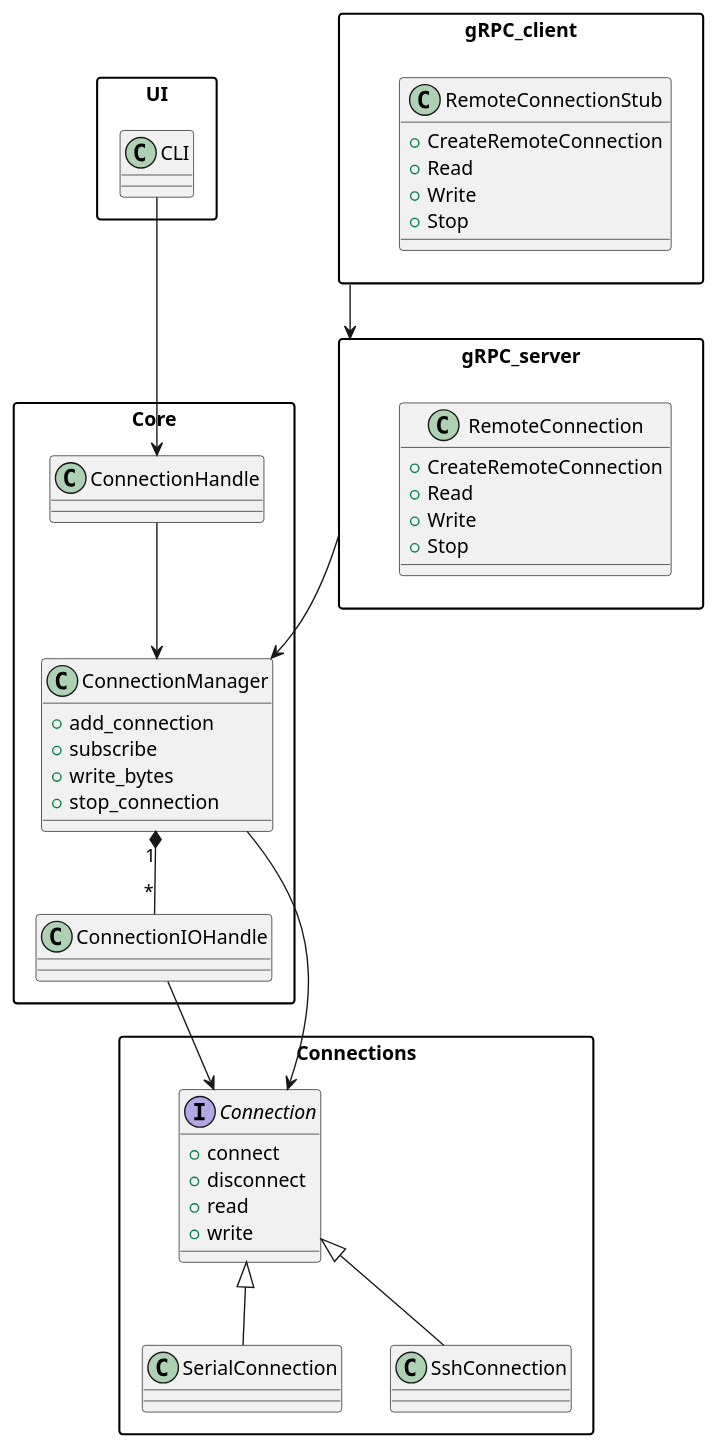
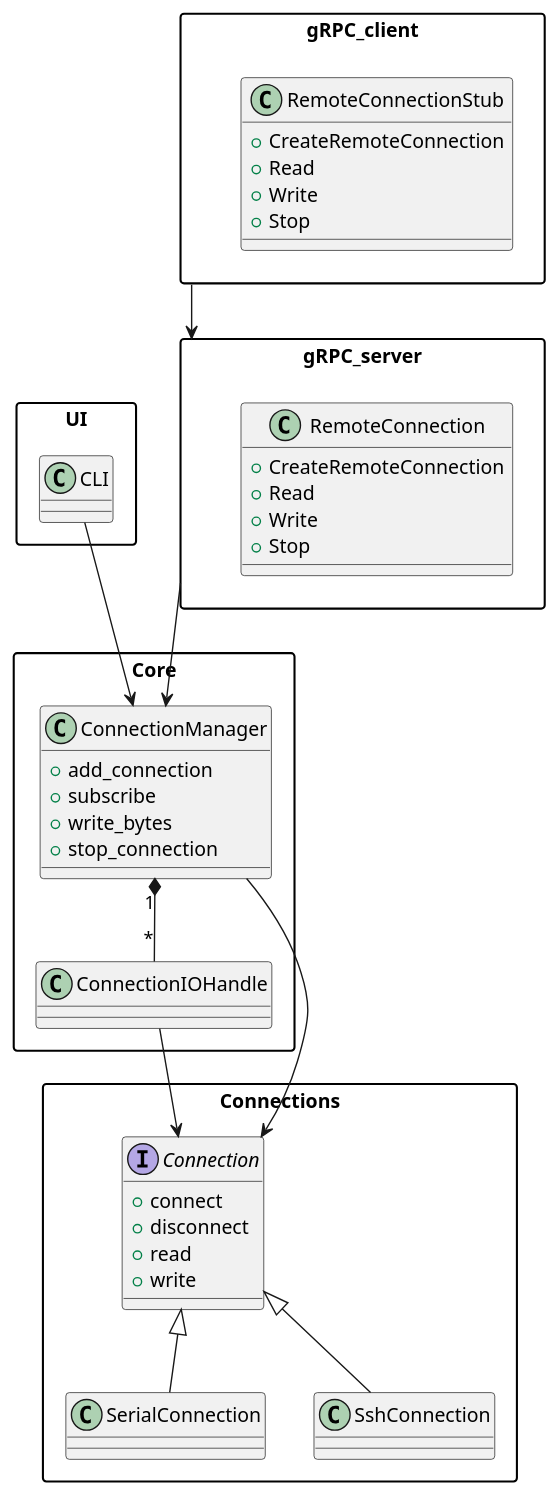
One commit to simon-rechermann/putty_rs_async changed the diagram in docs/puml/arch_level2.puml. Above: the diagram before and after it, drawn with PlantUML. The commit also changed 1 other file, not shown here.

```diff
--- a/docs/puml/arch_level2.puml
+++ b/docs/puml/arch_level2.puml
@@ -1,63 +1,61 @@
 @startuml ArchLevel2
 
 allowmixing
 
 skinparam packageStyle rectangle
 skinparam packageBackgroundColor White
 
 package UI {
     class CLI
 }
 
 package gRPC_server {
     class RemoteConnection {
         + CreateRemoteConnection
         + Read
         + Write
         + Stop
     }
 }
 
 package gRPC_client {
     class RemoteConnectionStub {
         + CreateRemoteConnection
         + Read
         + Write
         + Stop
     }
 }
 
 package Core {
-    class ConnectionHandle
     class ConnectionIOHandle
     class ConnectionManager
      {
         + add_connection
         + subscribe
         + write_bytes
         + stop_connection
     }
-    ConnectionHandle --> ConnectionManager
     ConnectionManager "1" *-- "*" ConnectionIOHandle
 }
 
 package Connections {
     interface Connection {
         + connect
         + disconnect
         + read
         + write
     }
     class SerialConnection {}
     class SshConnection {}
     Connection <|-- SerialConnection
     Connection <|-- SshConnection
 }
 
-CLI --> ConnectionHandle
+CLI --> ConnectionManager
 gRPC_client --> gRPC_server
 gRPC_server --> ConnectionManager
 ConnectionIOHandle --> Connection
 ConnectionManager --> Connection
 
 @enduml
```
